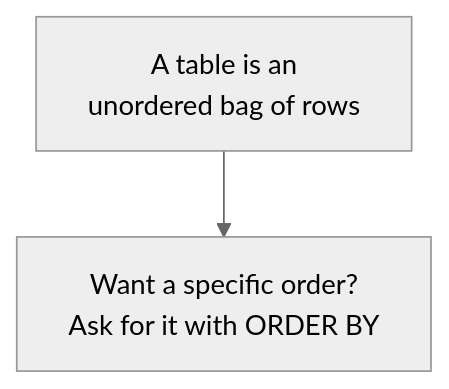
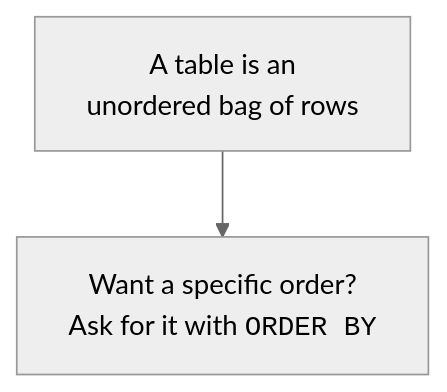
The diagram in content/courses/intro-sql-postgres/tables-rows-columns.mdx (dataslope/dataslope), drawn with Mermaid (neutral theme) before and after one commit. The commit also changed 52 other files, not shown here.

First line of the commit message:
Set SQL keywords in mermaid labels as code, and 10 more breakdowns

````diff
--- a/content/courses/intro-sql-postgres/tables-rows-columns.mdx
+++ b/content/courses/intro-sql-postgres/tables-rows-columns.mdx
@@ -84,4 +84,4 @@
 ```mermaid
 flowchart TD
-    Q["A table is an<br/>unordered bag of rows"] --> S["Want a specific order?<br/>Ask for it with ORDER BY"]
+    Q["A table is an<br/>unordered bag of rows"] --> S["Want a specific order?<br/>Ask for it with <code>ORDER BY</code>"]
 ```
````
